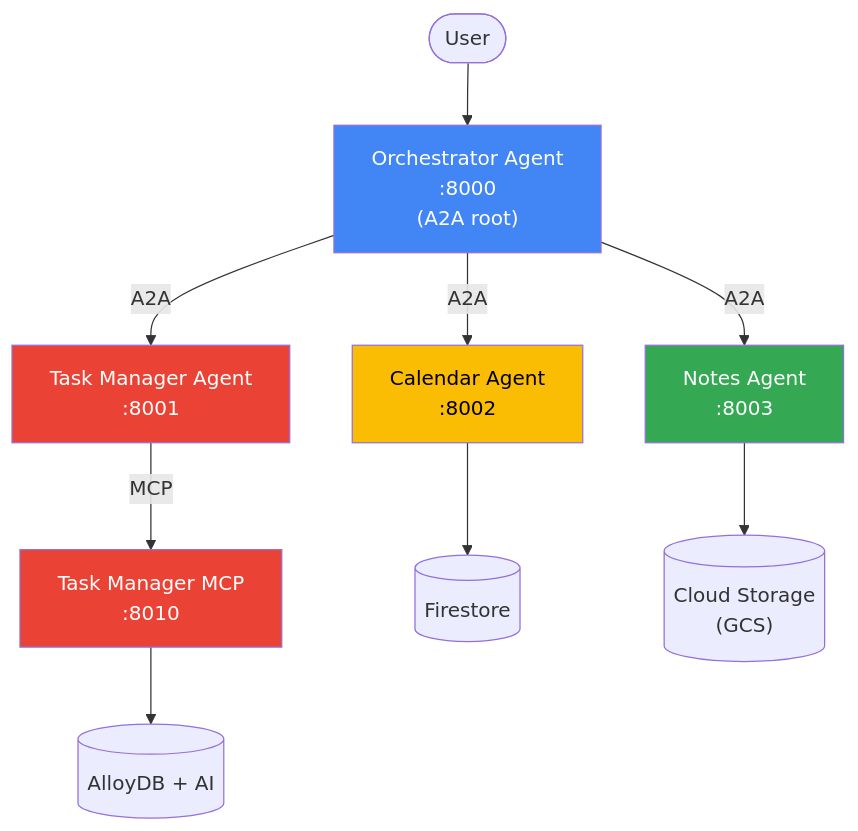
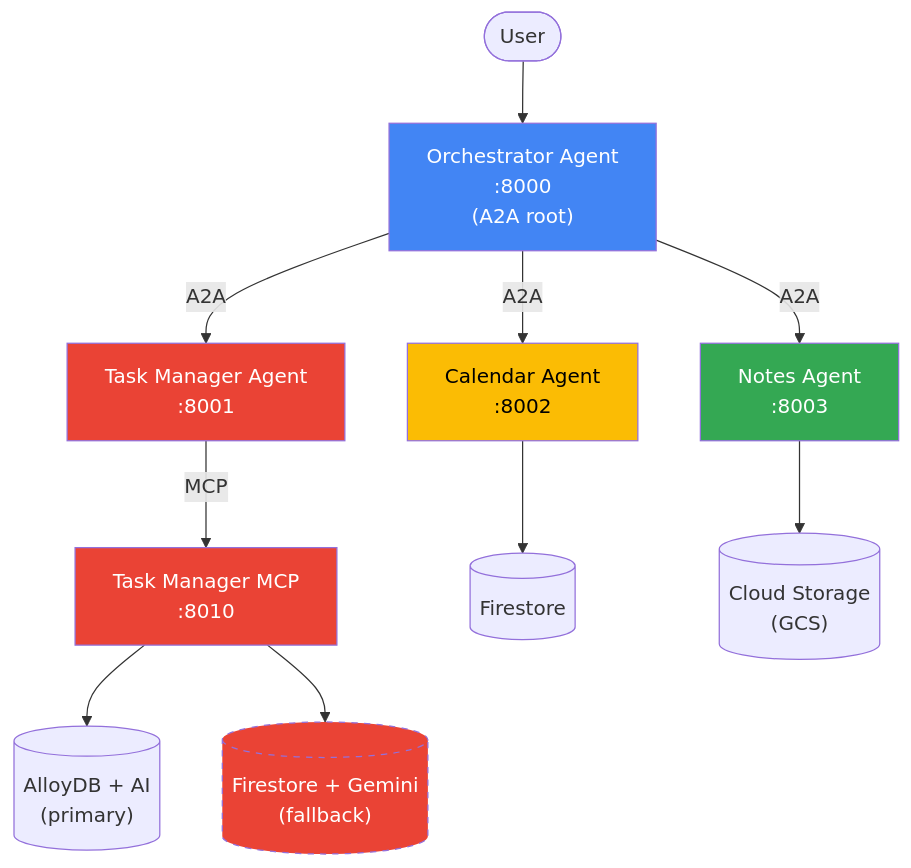
One commit to maravissiv/ProjectAgent changed the diagram in README.md. Above: the diagram before and after it, drawn with Mermaid. The commit also changed other lines of this file, not shown here.

Commit message:
readme update for firestore in mcp

````diff
--- a/README.md
+++ b/README.md
@@ -9,19 +9,21 @@
 ```mermaid
 graph TD
     User([User]) --> Orchestrator["Orchestrator Agent\n:8000\n(A2A root)"]
 
     Orchestrator -- A2A --> TaskAgent["Task Manager Agent\n:8001"]
     Orchestrator -- A2A --> CalendarAgent["Calendar Agent\n:8002"]
     Orchestrator -- A2A --> NotesAgent["Notes Agent\n:8003"]
 
     TaskAgent -- MCP --> MCP["Task Manager MCP\n:8010"]
-    MCP --> AlloyDB[("AlloyDB + AI")]
+    MCP --> AlloyDB[("AlloyDB + AI\n(primary)")]
+    MCP --> FirestoreTasks[("Firestore + Gemini\n(fallback)")]
     CalendarAgent --> Firestore[("Firestore")]
     NotesAgent --> GCS[("Cloud Storage\n(GCS)")]
 
     style Orchestrator fill:#4285F4,color:#fff
     style TaskAgent fill:#EA4335,color:#fff
     style CalendarAgent fill:#FBBC04,color:#000
     style NotesAgent fill:#34A853,color:#fff
     style MCP fill:#EA4335,color:#fff
+    style FirestoreTasks fill:#EA4335,color:#fff,stroke-dasharray: 5 5
 ```
````
